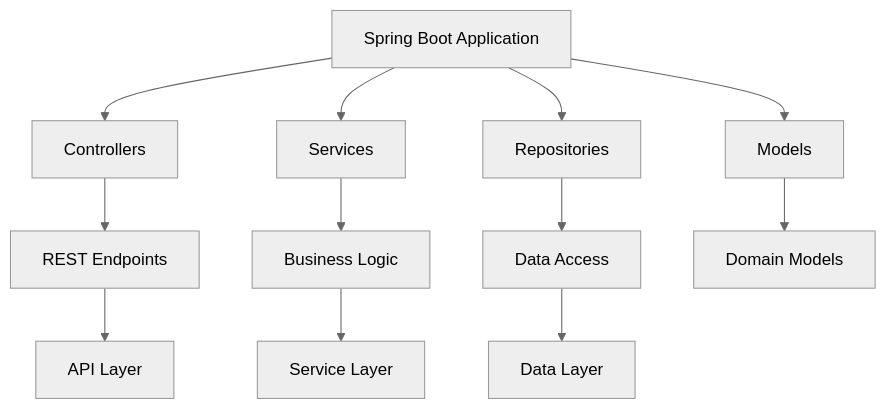
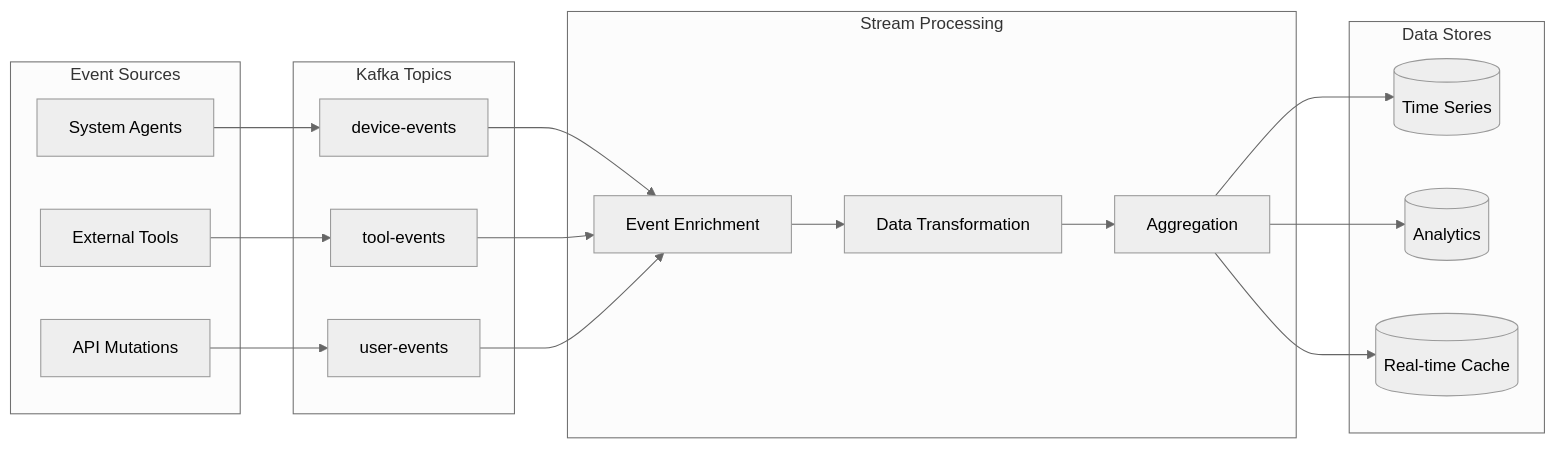
Before and after one commit to flamingo-stack/openframe-oss-tenant: the third of 4 diagrams in docs/development/architecture/overview.md, drawn with Mermaid (neutral theme). The commit also changed other lines of this file and 9 other files, not shown here.

````diff
--- a/docs/development/architecture/overview.md
+++ b/docs/development/architecture/overview.md
@@ -67,16 +281,41 @@
 ```mermaid
-graph TD
-    A[Spring Boot Application] --> B[Controllers]
-    A --> C[Services]
-    A --> D[Repositories]
-    A --> E[Models]
+flowchart LR
+    subgraph "Event Sources"
+        Agents[System Agents]
+        Tools[External Tools]
+        API[API Mutations]
+    end
     
-    B --> F[REST Endpoints]
-    C --> G[Business Logic]
-    D --> H[Data Access]
-    E --> I[Domain Models]
+    subgraph "Kafka Topics"
+        DeviceEvents[device-events]
+        ToolEvents[tool-events]
+        UserEvents[user-events]
+    end
     
-    F --> J[API Layer]
-    G --> K[Service Layer]
-    H --> L[Data Layer]
+    subgraph "Stream Processing"
+        Enrich[Event Enrichment]
+        Transform[Data Transformation]
+        Aggregate[Aggregation]
+    end
+    
+    subgraph "Data Stores"
+        Cassandra[(Time Series)]
+        Pinot[(Analytics)]
+        Redis[(Real-time Cache)]
+    end
+    
+    Agents --> DeviceEvents
+    Tools --> ToolEvents
+    API --> UserEvents
+    
+    DeviceEvents --> Enrich
+    ToolEvents --> Enrich
+    UserEvents --> Enrich
+    
+    Enrich --> Transform
+    Transform --> Aggregate
+    
+    Aggregate --> Cassandra
+    Aggregate --> Pinot
+    Aggregate --> Redis
 ```
````
